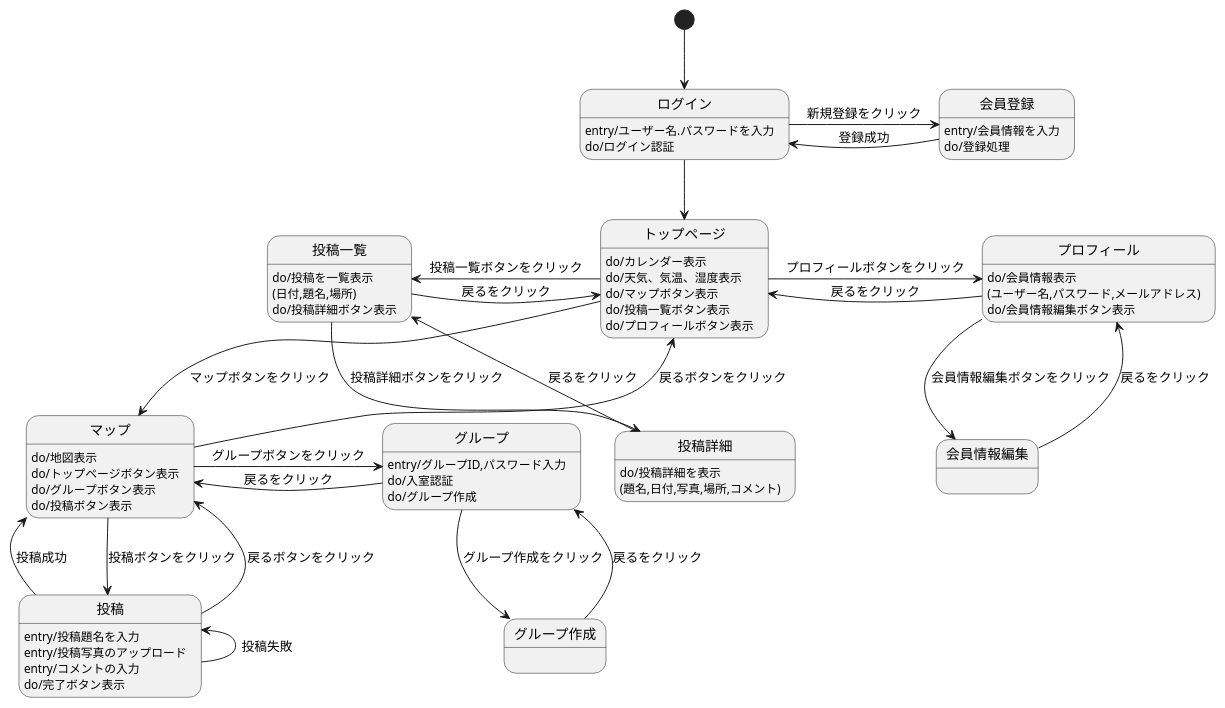
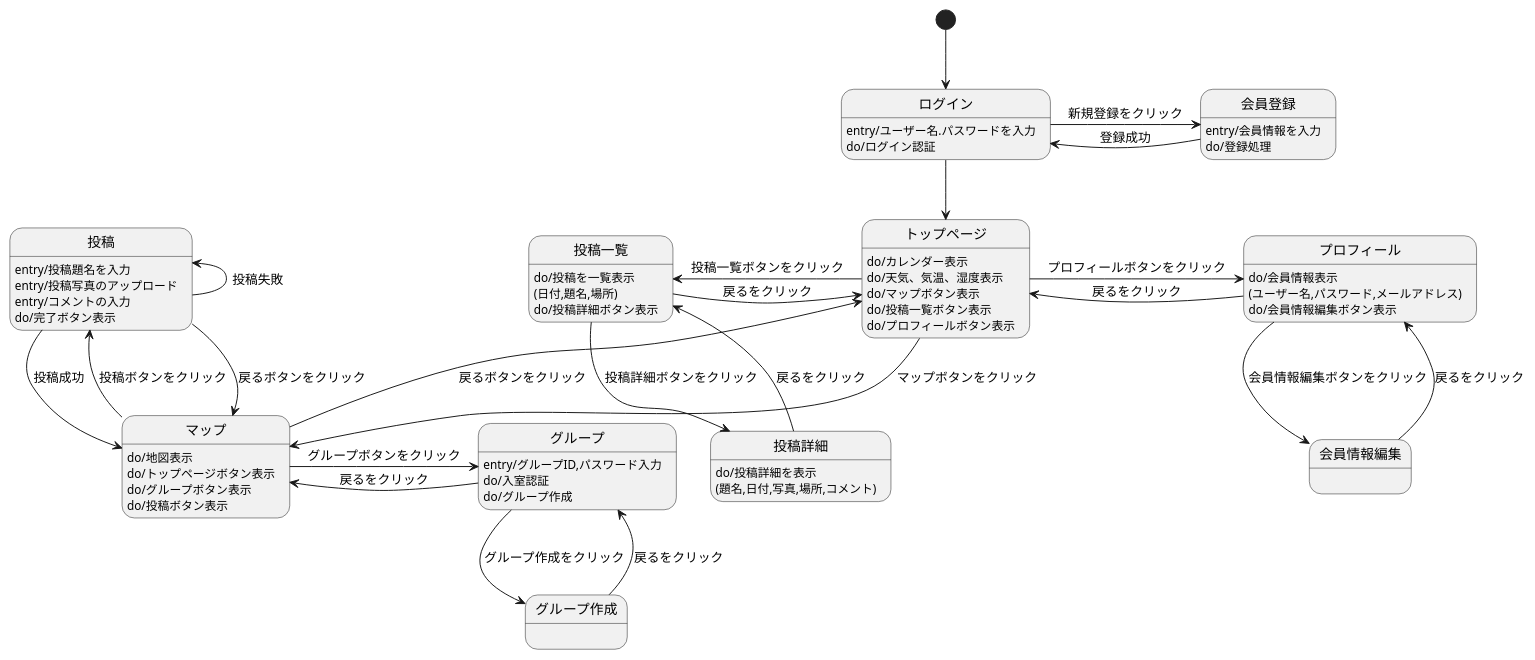
The diagram in 03_画面遷移図/画面遷移図.md (Aso2001031/System4_ver2.0), drawn with PlantUML before and after one commit.

````diff
--- a/03_画面遷移図/画面遷移図.md
+++ b/03_画面遷移図/画面遷移図.md
@@ -1,70 +1,70 @@
 ```uml
 @startuml
 
 [*] -down-> ログイン
 
 ログイン -down-> トップページ
 ログイン : entry/ユーザー名.パスワードを入力 
 ログイン : do/ログイン認証 
 ログイン -> 会員登録 : 新規登録をクリック
 
 会員登録 -> ログイン : 登録成功
 会員登録 : entry/会員情報を入力 
 会員登録 : do/登録処理
 
 トップページ : do/カレンダー表示
 トップページ : do/天気、気温、湿度表示
 トップページ : do/マップボタン表示
 トップページ : do/投稿一覧ボタン表示
 トップページ : do/プロフィールボタン表示
 トップページ -down-> マップ : マップボタンをクリック
 トップページ -left-> 投稿一覧 : 投稿一覧ボタンをクリック
 トップページ -right-> プロフィール :プロフィールボタンをクリック
 
 マップ -up-> トップページ : 戻るボタンをクリック
 マップ : do/地図表示
 マップ : do/トップページボタン表示
 マップ : do/グループボタン表示
 マップ : do/投稿ボタン表示
 マップ -down-> 投稿 : 投稿ボタンをクリック
 マップ -right-> グループ : グループボタンをクリック
 
 投稿一覧 -right-> トップページ : 戻るをクリック
 投稿一覧 : do/投稿を一覧表示
 投稿一覧 : (日付,題名,場所)
 投稿一覧 : do/投稿詳細ボタン表示
 投稿一覧 -down-> 投稿詳細 : 投稿詳細ボタンをクリック
 
 プロフィール -left-> トップページ : 戻るをクリック
 プロフィール : do/会員情報表示
 プロフィール : (ユーザー名,パスワード,メールアドレス)
 プロフィール : do/会員情報編集ボタン表示
 プロフィール -down-> 会員情報編集 : 会員情報編集ボタンをクリック
 
 投稿 -up-> マップ : 戻るボタンをクリック
 投稿 : entry/投稿題名を入力
 投稿 : entry/投稿写真のアップロード
 投稿 : entry/コメントの入力
 投稿 : do/完了ボタン表示
-投稿 -left-> マップ : 投稿成功
+投稿 --> マップ : 投稿成功
 投稿 -left-> 投稿 : 投稿失敗
 
 
 グループ -left-> マップ : 戻るをクリック 
 グループ : entry/グループID,パスワード入力
 グループ : do/入室認証
 グループ : do/グループ作成
 グループ --> グループ作成 : グループ作成をクリック
 
 投稿詳細 -up-> 投稿一覧 : 戻るをクリック
 投稿詳細 : do/投稿詳細を表示
 投稿詳細 : (題名,日付,写真,場所,コメント)
 
 会員情報編集 -up-> プロフィール : 戻るをクリック
 会員情報編集 : 
 
 グループ作成 --> グループ : 戻るをクリック
 グループ作成 : 
 
 @enduml
 ```
````
